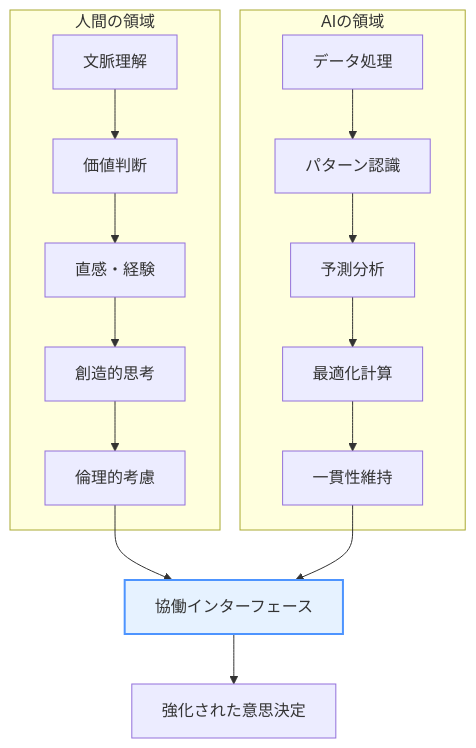
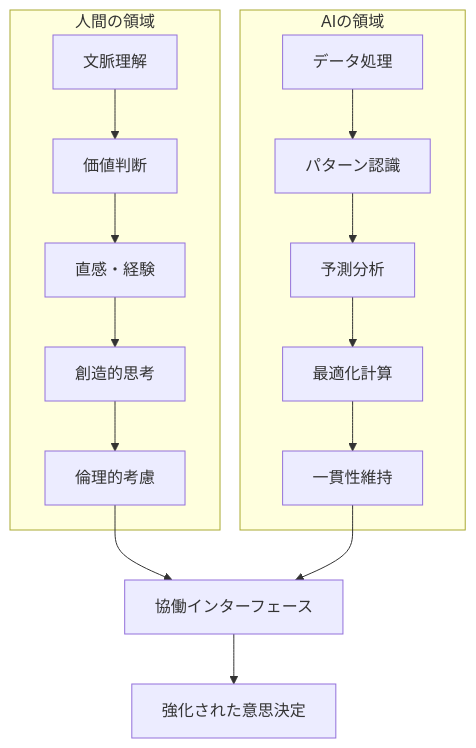
The third of 6 diagrams in docs/ai-and-future/ai-dm-context.md (shuji-bonji/Situational-Awareness-and-Decision-Making), drawn with Mermaid before and after one commit. The commit also changed other lines of this file and 49 other files, not shown here.

Commit message:
fix: ダークモードで見づらい図の色の変更

````diff
--- a/docs/ai-and-future/ai-dm-context.md
+++ b/docs/ai-and-future/ai-dm-context.md
@@ -178,22 +171,20 @@
 ```mermaid
 graph TD
     subgraph "人間の領域"
         A1[文脈理解] --> A2[価値判断]
         A2 --> A3[直感・経験]
         A3 --> A4[創造的思考]
         A4 --> A5[倫理的考慮]
     end
     
     subgraph "AIの領域"
         B1[データ処理] --> B2[パターン認識]
         B2 --> B3[予測分析]
         B3 --> B4[最適化計算]
         B4 --> B5[一貫性維持]
     end
     
     A5 --> C[協働インターフェース]
     B5 --> C
     C --> D[強化された意思決定]
-    
-    style C fill:#e6f2ff,stroke:#4d94ff,stroke-width:2px
 ```
````
